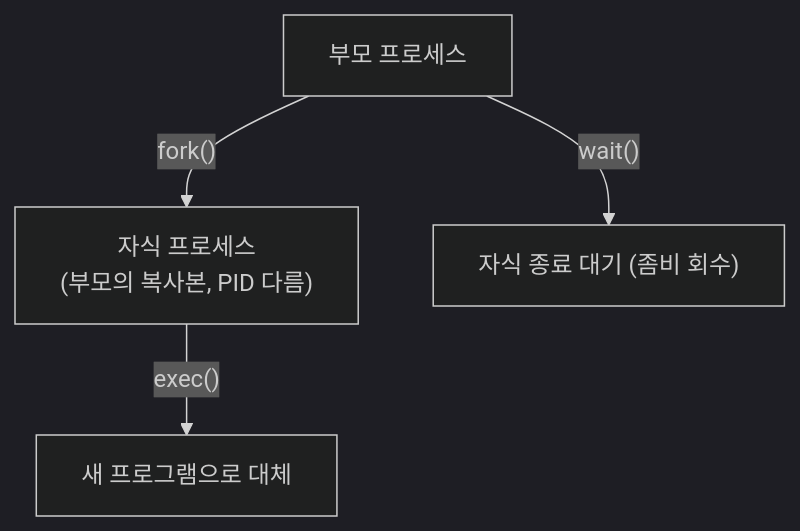
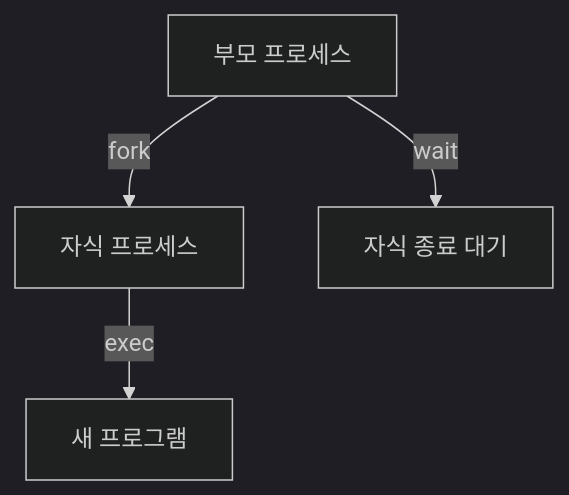
The second of 3 diagrams in content/linux/process-isolation/process-management.md (moonblueblue/devops-wiki), drawn with Mermaid (dark theme) before and after one commit. The commit also changed other lines of this file and 37 other files, not shown here.

First line of the commit message:
style: linux 카테고리 ASCII 도표·Mermaid 라벨 형식 교정

````diff
--- a/content/linux/process-isolation/process-management.md
+++ b/content/linux/process-isolation/process-management.md
@@ -56,7 +62,7 @@
 ```mermaid
 graph TD
     P["부모 프로세스"]
-    P -->|"fork()"| C["자식 프로세스<br/>(부모의 복사본, PID 다름)"]
-    C -->|"exec()"| NP["새 프로그램으로 대체"]
-    P -->|"wait()"| W["자식 종료 대기 (좀비 회수)"]
+    P -->|fork| C["자식 프로세스"]
+    C -->|exec| NP["새 프로그램"]
+    P -->|wait| W["자식 종료 대기"]
 ```
````
